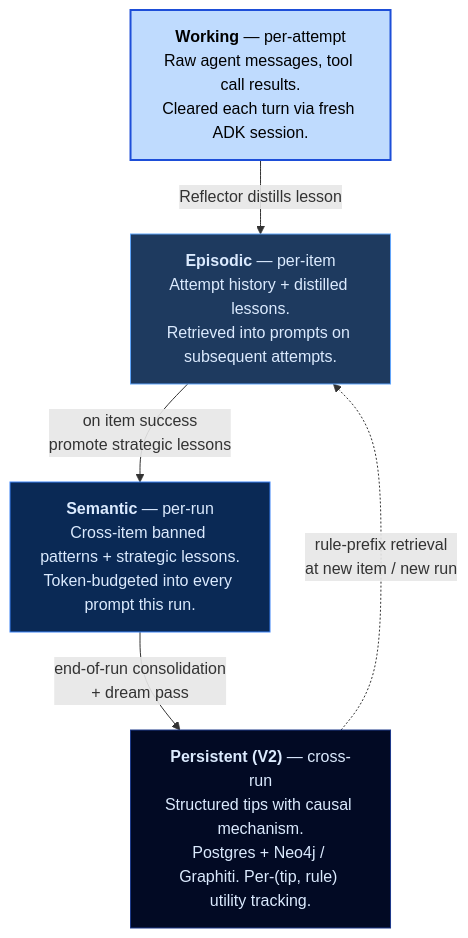
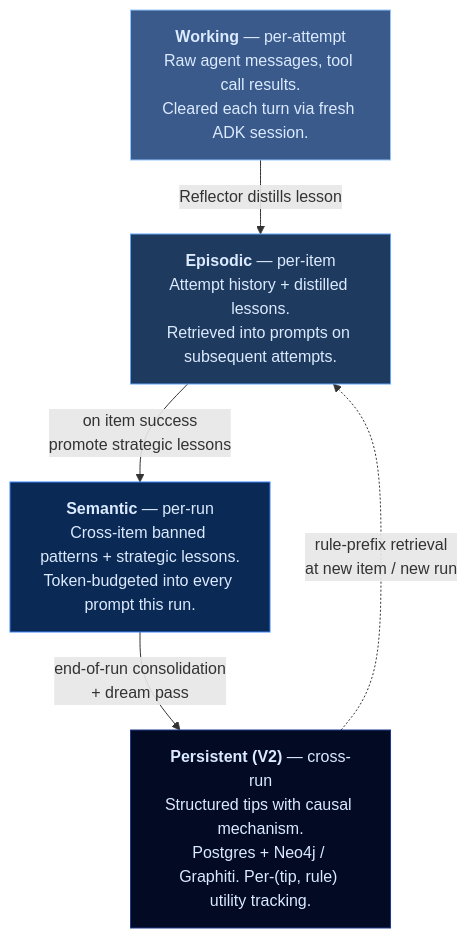
One commit to kenrollins/gemma-forge changed the second of 2 diagrams in docs/journal/architecture/00-system-architecture.md. Above: the diagram before and after it, drawn with Mermaid. The commit also changed 1 other file, not shown here.

Commit message:
docs(architecture): Working tier — medium-navy fill with white text
The pale-fill-with-black-text approach fought Material's slate
palette and lost. The CSS override I added to force text color
ended up suppressing the text entirely, which was worse than the
original problem.

Dropped both the pale fill and the CSS override. Working is now
#3A5A8C — a medium-light navy that's visibly lighter than
Episodic's #1E3A5F but still dark enough that the same
DBEAFE/light text that works on the other three tiers stays
legible. Stroke bumped to #93C5FD (sky-300) so it reads as the
"top of the gradient" tier visually.

Net: four tiers on a proper light-to-dark gradient, all using the
same light text, and we stop fighting Material's theme CSS.

````diff
--- a/docs/journal/architecture/00-system-architecture.md
+++ b/docs/journal/architecture/00-system-architecture.md
@@ -192,21 +192,21 @@
 ```mermaid
 flowchart TD
     W["<b>Working</b> — per-attempt<br/>Raw agent messages, tool call results.<br/>Cleared each turn via fresh ADK session."]
     E["<b>Episodic</b> — per-item<br/>Attempt history + distilled lessons.<br/>Retrieved into prompts on subsequent attempts."]
     S["<b>Semantic</b> — per-run<br/>Cross-item banned patterns + strategic lessons.<br/>Token-budgeted into every prompt this run."]
     P["<b>Persistent (V2)</b> — cross-run<br/>Structured tips with causal mechanism.<br/>Postgres + Neo4j / Graphiti. Per-(tip, rule) utility tracking."]
 
     W -->|Reflector distills lesson| E
     E -->|on item success<br/>promote strategic lessons| S
     S -->|end-of-run consolidation<br/>+ dream pass| P
     P -.->|rule-prefix retrieval<br/>at new item / new run| E
 
-    classDef working   fill:#BFDBFE,stroke:#1D4ED8,color:#000000,stroke-width:2px
+    classDef working   fill:#3A5A8C,stroke:#93C5FD,color:#DBEAFE
     classDef episodic  fill:#1E3A5F,stroke:#60A5FA,color:#DBEAFE
     classDef semantic  fill:#0A2955,stroke:#3B82F6,color:#DBEAFE
     classDef persistent fill:#020A24,stroke:#1E3A8A,color:#DBEAFE
     class W working
     class E episodic
     class S semantic
     class P persistent
 ```
````
